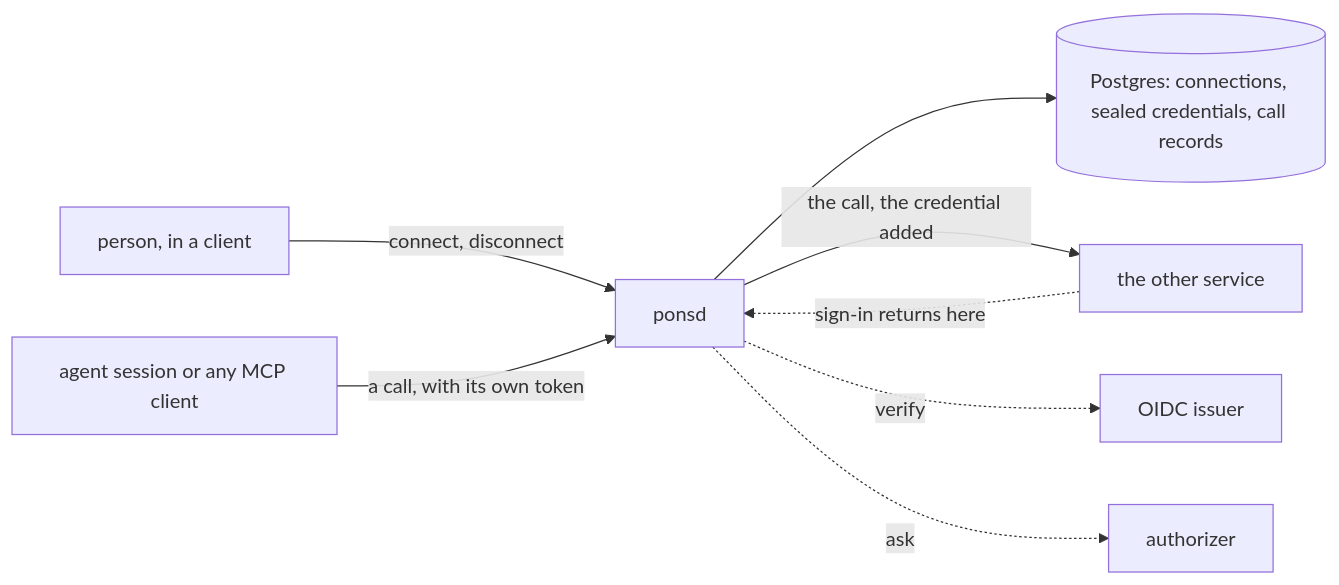
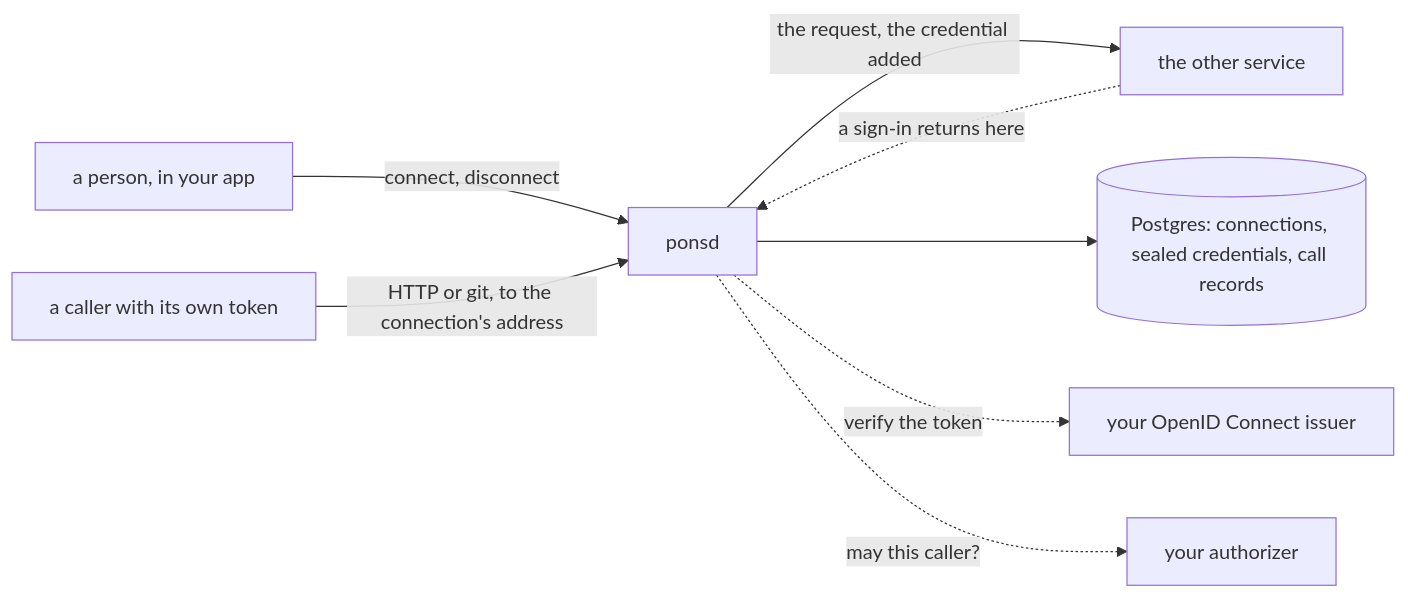
One commit to latere-ai/pons changed the diagram in README.md. Above: the diagram before and after it, drawn with Mermaid. The commit also changed other lines of this file, not shown here.

Commit message:
readme: what pons is, a connection end to end, and what works today

````diff
--- a/README.md
+++ b/README.md
@@ -50,10 +39,10 @@
 ```mermaid
 flowchart LR
-  person["person, in a client"] -->|"connect, disconnect"| api["ponsd"]
-  agent["agent session or any MCP client"] -->|"a call, with its own token"| api
-  api --> pg[("Postgres: connections, sealed credentials, call records")]
-  api -->|"the call, the credential added"| svc["the other service"]
-  svc -. "sign-in returns here" .-> api
-  api -. "verify" .-> issuer["OIDC issuer"]
-  api -. "ask" .-> authz["authorizer"]
+  person["a person, in your app"] -->|"connect, disconnect"| ponsd
+  caller["a caller with its own token"] -->|"HTTP or git, to the connection's address"| ponsd
+  ponsd -->|"the request, the credential added"| service["the other service"]
+  service -. "a sign-in returns here" .-> ponsd
+  ponsd --> pg[("Postgres: connections, sealed credentials, call records")]
+  ponsd -. "verify the token" .-> issuer["your OpenID Connect issuer"]
+  ponsd -. "may this caller?" .-> authz["your authorizer"]
 ```
````
